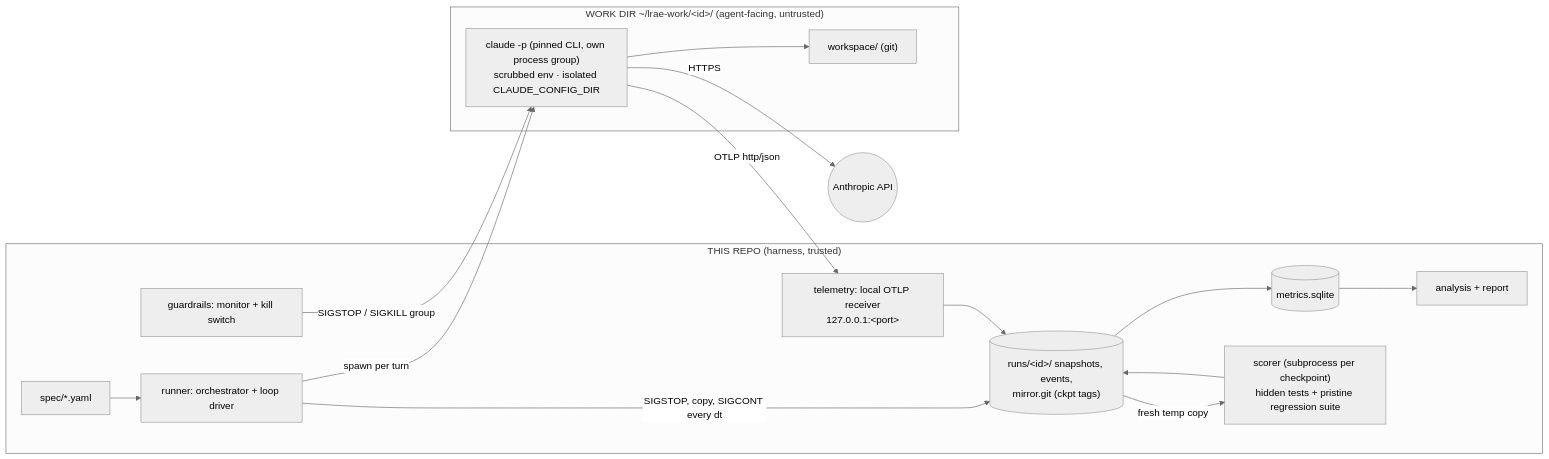
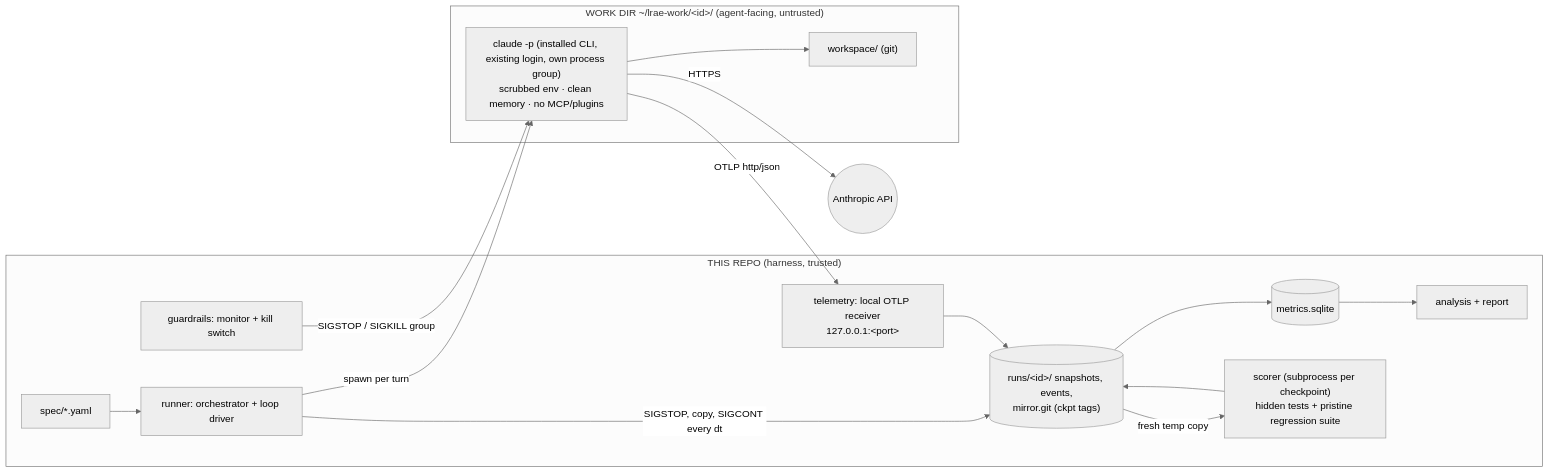
One commit to gurusintechlabs/long-running-agent-eval changed the diagram in docs/spec.md. Above: the diagram before and after it, drawn with Mermaid (neutral theme). The commit also changed other lines of this file and 2 other files, not shown here.

First line of the commit message:
Use installed CLI login; automate clean memory per run (spec v0.4)

````diff
--- a/docs/spec.md
+++ b/docs/spec.md
@@ -55,24 +57,24 @@
 ```mermaid
 flowchart LR
   subgraph repo["THIS REPO (harness, trusted)"]
     spec["spec/*.yaml"] --> orch["runner: orchestrator + loop driver"]
     mon["guardrails: monitor + kill switch"]
     recv["telemetry: local OTLP receiver<br/>127.0.0.1:&lt;port&gt;"]
     art[("runs/&lt;id&gt;/ snapshots, events,<br/>mirror.git (ckpt tags)")]
     db[("metrics.sqlite")]
     rep["analysis + report"]
     sc["scorer (subprocess per checkpoint)<br/>hidden tests + pristine regression suite"]
   end
   subgraph work["WORK DIR ~/lrae-work/&lt;id&gt;/ (agent-facing, untrusted)"]
-    cc["claude -p (pinned CLI, own process group)<br/>scrubbed env · isolated CLAUDE_CONFIG_DIR"] --> wsp["workspace/ (git)"]
+    cc["claude -p (installed CLI, existing login, own process group)<br/>scrubbed env · clean memory · no MCP/plugins"] --> wsp["workspace/ (git)"]
   end
   orch -- "spawn per turn" --> cc
   cc -- "OTLP http/json" --> recv
   cc -- "HTTPS" --> api(("Anthropic API"))
   orch -- "SIGSTOP, copy, SIGCONT every dt" --> art
   art -- "fresh temp copy" --> sc
   mon -- "SIGSTOP / SIGKILL group" --> cc
   recv --> art
   sc --> art
   art --> db --> rep
 ```
````
